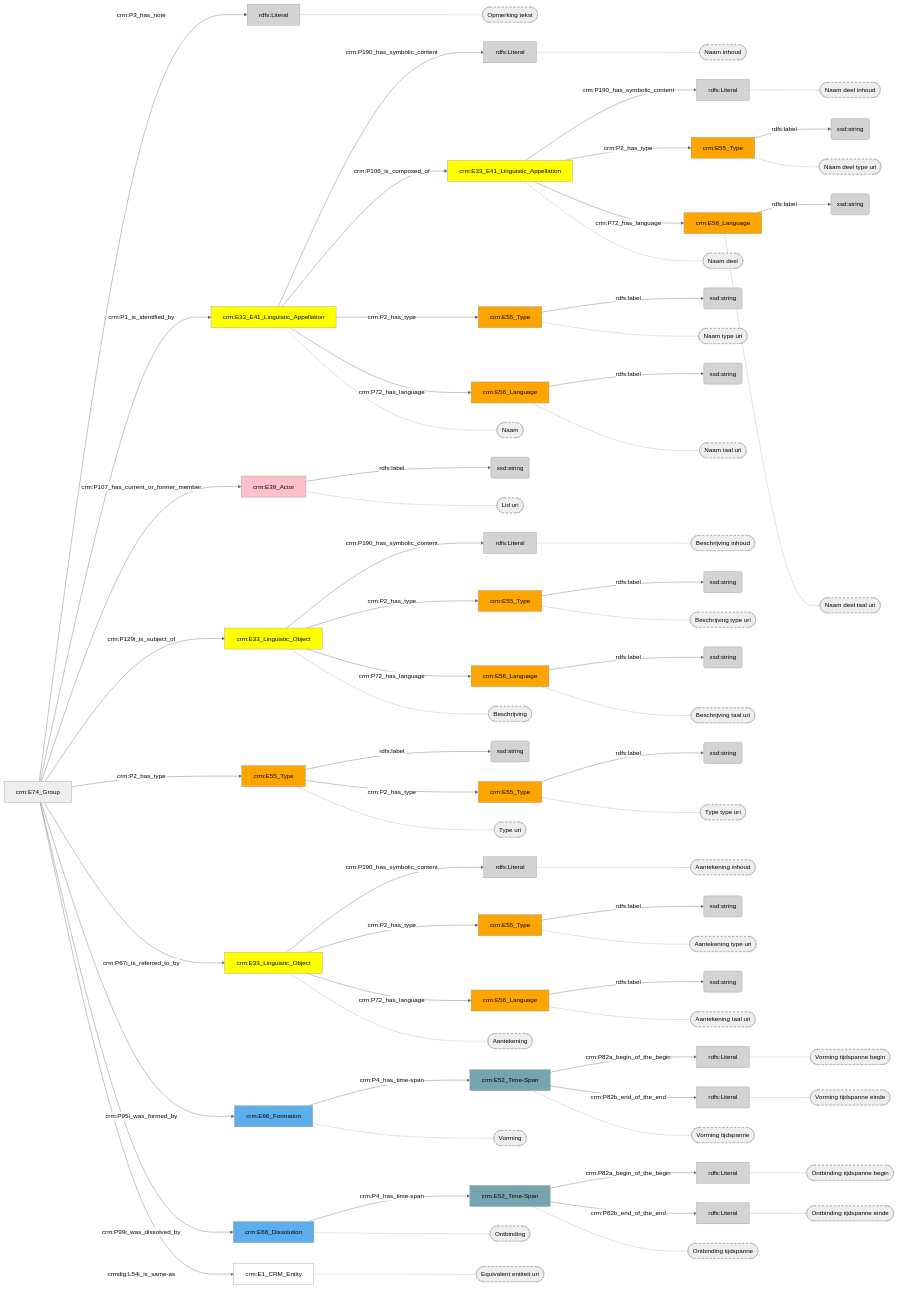
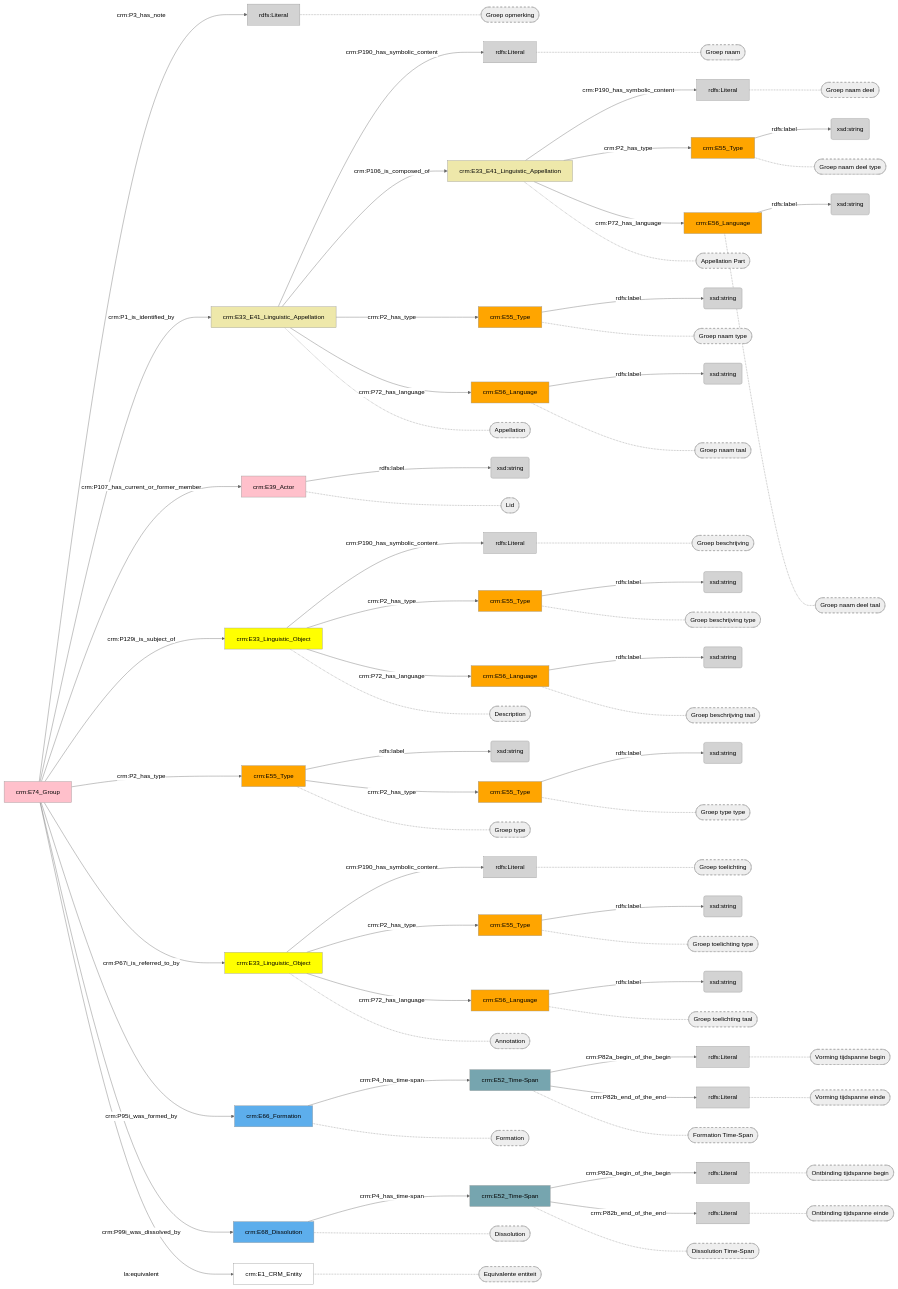
One commit to digipolisantwerpdocumentation/antwerp-cultureel-erfgoed changed the diagram in docs/content/modellen/Group.md. Above: the diagram before and after it, drawn with Mermaid (neutral theme). The commit also changed 173 other files, not shown here.

```diff
--- a/docs/content/modellen/Group.md
+++ b/docs/content/modellen/Group.md
@@ -27,7 +27,7 @@
 1456bf2e-e37f-11ed-a1e6-00163e71351b["crm:E74_Group"]-->|"crm:P67i_is_referred_to_by"|41ca7056-ee3b-11ed-9655-00163e71351b["crm:E33_Linguistic_Object"]
 1456bf2e-e37f-11ed-a1e6-00163e71351b["crm:E74_Group"]-->|"crm:P95i_was_formed_by"|2211ad04-e37f-11ed-9655-00163e71351b["crm:E66_Formation"]
 1456bf2e-e37f-11ed-a1e6-00163e71351b["crm:E74_Group"]-->|"crm:P99i_was_dissolved_by"|378ee0b6-e37f-11ed-9655-00163e71351b["crm:E68_Dissolution"]
-1456bf2e-e37f-11ed-a1e6-00163e71351b["crm:E74_Group"]-->|"crmdig:L54i_is_same-as"|f6d70486-e405-11ed-9064-00163e71351b["crm:E1_CRM_Entity"]
+1456bf2e-e37f-11ed-a1e6-00163e71351b["crm:E74_Group"]-->|"la:equivalent"|f6d70486-e405-11ed-9064-00163e71351b["crm:E1_CRM_Entity"]
 19ab4e7a-ee62-11ed-9232-00163e71351b["crm:E33_Linguistic_Object"]-->|"crm:P2_has_type"|19ab5776-ee62-11ed-9232-00163e71351b["crm:E55_Type"]
 19ab4e7a-ee62-11ed-9232-00163e71351b["crm:E33_Linguistic_Object"]-->|"crm:P72_has_language"|19ab5938-ee62-11ed-9232-00163e71351b["crm:E56_Language"]
 2211ad04-e37f-11ed-9655-00163e71351b["crm:E66_Formation"]-->|"crm:P4_has_time-span"|5b3b6876-e407-11ed-a1e6-00163e71351b["crm:E52_Time-Span"]
@@ -69,36 +69,37 @@
 style cc86dc96-e37f-11ed-9655-00163e71351b_s stroke-dasharray: 5
 style f39c9af0-e406-11ed-9232-00163e71351b_s stroke-dasharray: 5
 style 0cee5034-e407-11ed-9655-00163e71351b_s stroke-dasharray: 5
-45a2ea12-e37f-11ed-9064-00163e71351b["crm:E33_E41_Linguistic_Appellation"]-.-45a2ea12-e37f-11ed-9064-00163e71351b_s(["Naam"])
-606baece-e37f-11ed-a1e6-00163e71351b["crm:E39_Actor"]-.-606baece-e37f-11ed-a1e6-00163e71351b_s(["Lid uri"])
-19ab4e7a-ee62-11ed-9232-00163e71351b["crm:E33_Linguistic_Object"]-.-19ab4e7a-ee62-11ed-9232-00163e71351b_s(["Beschrijving"])
-cc86d7fa-e37f-11ed-9655-00163e71351b["crm:E55_Type"]-.-cc86d7fa-e37f-11ed-9655-00163e71351b_s(["Type uri"])
-59ec6912-e37f-11ed-a1e6-00163e71351b["rdfs:Literal"]-.-59ec6912-e37f-11ed-a1e6-00163e71351b_s(["Opmerking tekst"])
-41ca7056-ee3b-11ed-9655-00163e71351b["crm:E33_Linguistic_Object"]-.-41ca7056-ee3b-11ed-9655-00163e71351b_s(["Aantekening"])
-2211ad04-e37f-11ed-9655-00163e71351b["crm:E66_Formation"]-.-2211ad04-e37f-11ed-9655-00163e71351b_s(["Vorming"])
-378ee0b6-e37f-11ed-9655-00163e71351b["crm:E68_Dissolution"]-.-378ee0b6-e37f-11ed-9655-00163e71351b_s(["Ontbinding"])
-f6d70486-e405-11ed-9064-00163e71351b["crm:E1_CRM_Entity"]-.-f6d70486-e405-11ed-9064-00163e71351b_s(["Equivalent entiteit uri"])
-19ab555a-ee62-11ed-9232-00163e71351b["rdfs:Literal"]-.-19ab555a-ee62-11ed-9232-00163e71351b_s(["Beschrijving inhoud"])
-19ab5776-ee62-11ed-9232-00163e71351b["crm:E55_Type"]-.-19ab5776-ee62-11ed-9232-00163e71351b_s(["Beschrijving type uri"])
-19ab5938-ee62-11ed-9232-00163e71351b["crm:E56_Language"]-.-19ab5938-ee62-11ed-9232-00163e71351b_s(["Beschrijving taal uri"])
-5b3b6876-e407-11ed-a1e6-00163e71351b["crm:E52_Time-Span"]-.-5b3b6876-e407-11ed-a1e6-00163e71351b_s(["Vorming tijdspanne"])
-e0bfc39e-e406-11ed-9064-00163e71351b["crm:E52_Time-Span"]-.-e0bfc39e-e406-11ed-9064-00163e71351b_s(["Ontbinding tijdspanne"])
-41ca7812-ee3b-11ed-9655-00163e71351b["rdfs:Literal"]-.-41ca7812-ee3b-11ed-9655-00163e71351b_s(["Aantekening inhoud"])
-41ca74f2-ee3b-11ed-9655-00163e71351b["crm:E55_Type"]-.-41ca74f2-ee3b-11ed-9655-00163e71351b_s(["Aantekening type uri"])
-41ca76a0-ee3b-11ed-9655-00163e71351b["crm:E56_Language"]-.-41ca76a0-ee3b-11ed-9655-00163e71351b_s(["Aantekening taal uri"])
-45a2fade-e37f-11ed-9064-00163e71351b["crm:E33_E41_Linguistic_Appellation"]-.-45a2fade-e37f-11ed-9064-00163e71351b_s(["Naam deel"])
-45a2f494-e37f-11ed-9064-00163e71351b["rdfs:Literal"]-.-45a2f494-e37f-11ed-9064-00163e71351b_s(["Naam inhoud"])
-45a2f71e-e37f-11ed-9064-00163e71351b["crm:E55_Type"]-.-45a2f71e-e37f-11ed-9064-00163e71351b_s(["Naam type uri"])
-45a2f5de-e37f-11ed-9064-00163e71351b["crm:E56_Language"]-.-45a2f5de-e37f-11ed-9064-00163e71351b_s(["Naam taal uri"])
-45a2f340-e37f-11ed-9064-00163e71351b["rdfs:Literal"]-.-45a2f340-e37f-11ed-9064-00163e71351b_s(["Naam deel inhoud"])
-45a2fc28-e37f-11ed-9064-00163e71351b["crm:E55_Type"]-.-45a2fc28-e37f-11ed-9064-00163e71351b_s(["Naam deel type uri"])
-45a2f07a-e37f-11ed-9064-00163e71351b["crm:E56_Language"]-.-45a2f07a-e37f-11ed-9064-00163e71351b_s(["Naam deel taal uri"])
+45a2ea12-e37f-11ed-9064-00163e71351b["crm:E33_E41_Linguistic_Appellation"]-.-45a2ea12-e37f-11ed-9064-00163e71351b_s(["Appellation"])
+606baece-e37f-11ed-a1e6-00163e71351b["crm:E39_Actor"]-.-606baece-e37f-11ed-a1e6-00163e71351b_s(["Lid"])
+19ab4e7a-ee62-11ed-9232-00163e71351b["crm:E33_Linguistic_Object"]-.-19ab4e7a-ee62-11ed-9232-00163e71351b_s(["Description"])
+cc86d7fa-e37f-11ed-9655-00163e71351b["crm:E55_Type"]-.-cc86d7fa-e37f-11ed-9655-00163e71351b_s(["Groep type"])
+59ec6912-e37f-11ed-a1e6-00163e71351b["rdfs:Literal"]-.-59ec6912-e37f-11ed-a1e6-00163e71351b_s(["Groep opmerking"])
+41ca7056-ee3b-11ed-9655-00163e71351b["crm:E33_Linguistic_Object"]-.-41ca7056-ee3b-11ed-9655-00163e71351b_s(["Annotation"])
+2211ad04-e37f-11ed-9655-00163e71351b["crm:E66_Formation"]-.-2211ad04-e37f-11ed-9655-00163e71351b_s(["Formation"])
+378ee0b6-e37f-11ed-9655-00163e71351b["crm:E68_Dissolution"]-.-378ee0b6-e37f-11ed-9655-00163e71351b_s(["Dissolution"])
+f6d70486-e405-11ed-9064-00163e71351b["crm:E1_CRM_Entity"]-.-f6d70486-e405-11ed-9064-00163e71351b_s(["Equivalente entiteit"])
+19ab555a-ee62-11ed-9232-00163e71351b["rdfs:Literal"]-.-19ab555a-ee62-11ed-9232-00163e71351b_s(["Groep beschrijving"])
+19ab5776-ee62-11ed-9232-00163e71351b["crm:E55_Type"]-.-19ab5776-ee62-11ed-9232-00163e71351b_s(["Groep beschrijving type"])
+19ab5938-ee62-11ed-9232-00163e71351b["crm:E56_Language"]-.-19ab5938-ee62-11ed-9232-00163e71351b_s(["Groep beschrijving taal"])
+5b3b6876-e407-11ed-a1e6-00163e71351b["crm:E52_Time-Span"]-.-5b3b6876-e407-11ed-a1e6-00163e71351b_s(["Formation Time-Span"])
+e0bfc39e-e406-11ed-9064-00163e71351b["crm:E52_Time-Span"]-.-e0bfc39e-e406-11ed-9064-00163e71351b_s(["Dissolution Time-Span"])
+41ca7812-ee3b-11ed-9655-00163e71351b["rdfs:Literal"]-.-41ca7812-ee3b-11ed-9655-00163e71351b_s(["Groep toelichting"])
+41ca74f2-ee3b-11ed-9655-00163e71351b["crm:E55_Type"]-.-41ca74f2-ee3b-11ed-9655-00163e71351b_s(["Groep toelichting type"])
+41ca76a0-ee3b-11ed-9655-00163e71351b["crm:E56_Language"]-.-41ca76a0-ee3b-11ed-9655-00163e71351b_s(["Groep toelichting taal"])
+45a2fade-e37f-11ed-9064-00163e71351b["crm:E33_E41_Linguistic_Appellation"]-.-45a2fade-e37f-11ed-9064-00163e71351b_s(["Appellation Part"])
+45a2f494-e37f-11ed-9064-00163e71351b["rdfs:Literal"]-.-45a2f494-e37f-11ed-9064-00163e71351b_s(["Groep naam"])
+45a2f71e-e37f-11ed-9064-00163e71351b["crm:E55_Type"]-.-45a2f71e-e37f-11ed-9064-00163e71351b_s(["Groep naam type"])
+45a2f5de-e37f-11ed-9064-00163e71351b["crm:E56_Language"]-.-45a2f5de-e37f-11ed-9064-00163e71351b_s(["Groep naam taal"])
+45a2f340-e37f-11ed-9064-00163e71351b["rdfs:Literal"]-.-45a2f340-e37f-11ed-9064-00163e71351b_s(["Groep naam deel"])
+45a2fc28-e37f-11ed-9064-00163e71351b["crm:E55_Type"]-.-45a2fc28-e37f-11ed-9064-00163e71351b_s(["Groep naam deel type"])
+45a2f07a-e37f-11ed-9064-00163e71351b["crm:E56_Language"]-.-45a2f07a-e37f-11ed-9064-00163e71351b_s(["Groep naam deel taal"])
 7b2434d8-e407-11ed-9655-00163e71351b["rdfs:Literal"]-.-7b2434d8-e407-11ed-9655-00163e71351b_s(["Vorming tijdspanne begin"])
 6a5a2ee6-e407-11ed-a1e6-00163e71351b["rdfs:Literal"]-.-6a5a2ee6-e407-11ed-a1e6-00163e71351b_s(["Vorming tijdspanne einde"])
-cc86dc96-e37f-11ed-9655-00163e71351b["crm:E55_Type"]-.-cc86dc96-e37f-11ed-9655-00163e71351b_s(["Type type uri"])
+cc86dc96-e37f-11ed-9655-00163e71351b["crm:E55_Type"]-.-cc86dc96-e37f-11ed-9655-00163e71351b_s(["Groep type type"])
 f39c9af0-e406-11ed-9232-00163e71351b["rdfs:Literal"]-.-f39c9af0-e406-11ed-9232-00163e71351b_s(["Ontbinding tijdspanne begin"])
 0cee5034-e407-11ed-9655-00163e71351b["rdfs:Literal"]-.-0cee5034-e407-11ed-9655-00163e71351b_s(["Ontbinding tijdspanne einde"])
 style 0cee5034-e407-11ed-9655-00163e71351b fill:#D3D3D3
+style 1456bf2e-e37f-11ed-a1e6-00163e71351b fill:#ffc0cb
 style 19ab4e7a-ee62-11ed-9232-00163e71351b fill:#ffff00
 style 19ab555a-ee62-11ed-9232-00163e71351b fill:#D3D3D3
 style 19ab567c-ee62-11ed-9232-00163e71351b fill:#D3D3D3
@@ -113,7 +114,7 @@
 style 41ca7812-ee3b-11ed-9655-00163e71351b fill:#D3D3D3
 style 41ca7966-ee3b-11ed-9655-00163e71351b fill:#D3D3D3
 style 41ca7aba-ee3b-11ed-9655-00163e71351b fill:#D3D3D3
-style 45a2ea12-e37f-11ed-9064-00163e71351b fill:#ffff00
+style 45a2ea12-e37f-11ed-9064-00163e71351b fill:#EEE8AA
 style 45a2eee0-e37f-11ed-9064-00163e71351b fill:#D3D3D3
 style 45a2f07a-e37f-11ed-9064-00163e71351b fill:#ffa500
 style 45a2f1ec-e37f-11ed-9064-00163e71351b fill:#D3D3D3
@@ -123,7 +124,7 @@
 style 45a2f71e-e37f-11ed-9064-00163e71351b fill:#ffa500
 style 45a2f85e-e37f-11ed-9064-00163e71351b fill:#D3D3D3
 style 45a2f994-e37f-11ed-9064-00163e71351b fill:#D3D3D3
-style 45a2fade-e37f-11ed-9064-00163e71351b fill:#ffff00
+style 45a2fade-e37f-11ed-9064-00163e71351b fill:#EEE8AA
 style 45a2fc28-e37f-11ed-9064-00163e71351b fill:#ffa500
 style 59ec6912-e37f-11ed-a1e6-00163e71351b fill:#D3D3D3
 style 5b3b6876-e407-11ed-a1e6-00163e71351b fill:#76A5AF
```
